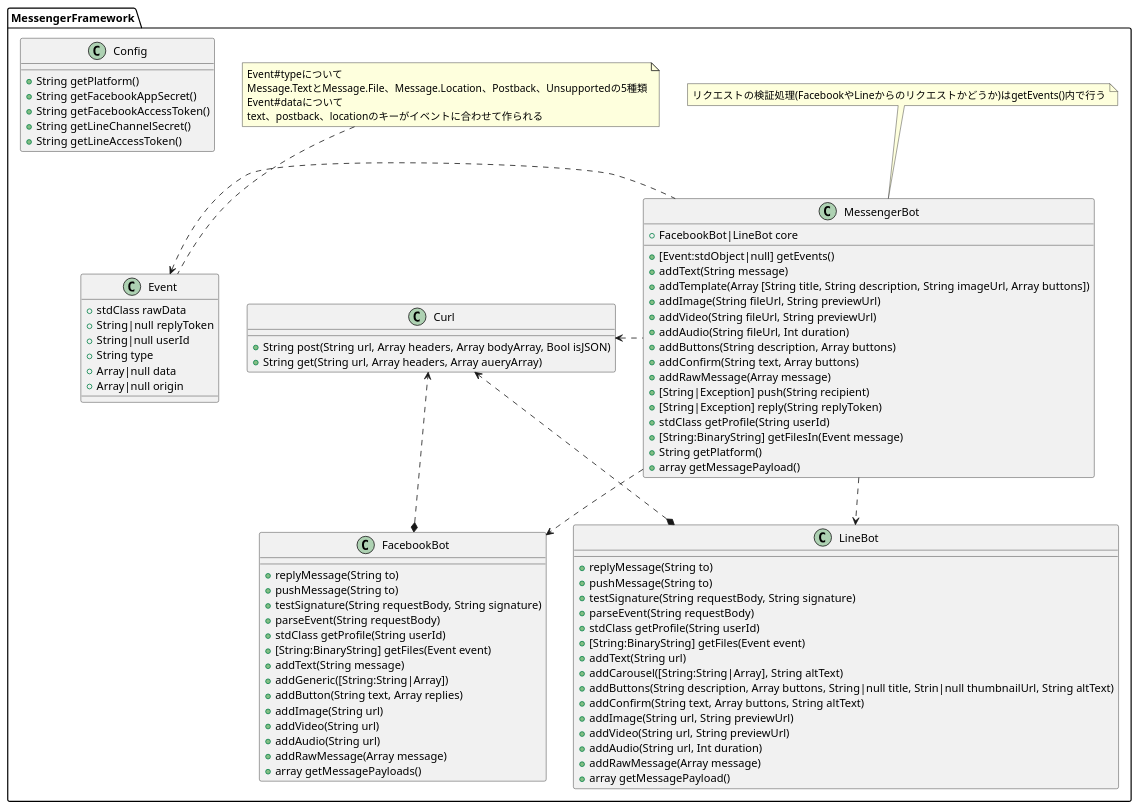
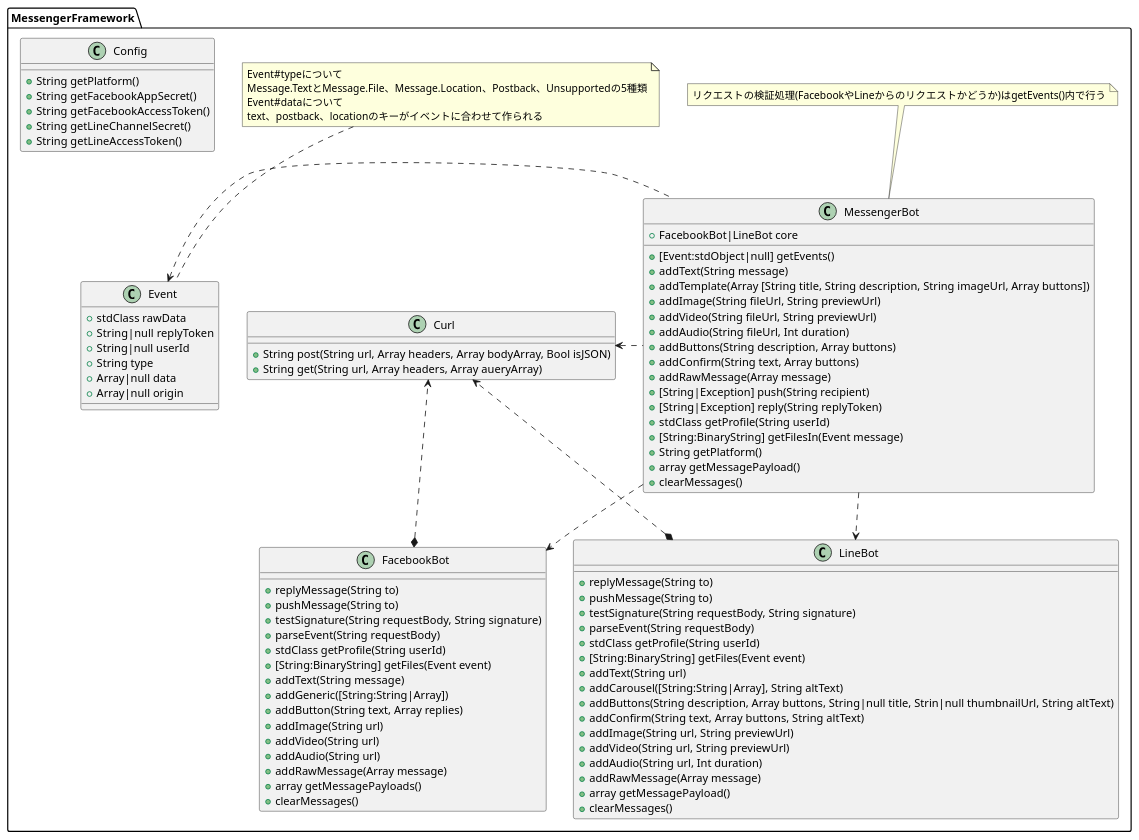
Before and after one commit to genies-inc/messenger-framework: the diagram in docs/class-spec.puml, drawn with PlantUML. The commit also changed 1 other file, not shown here.

```diff
--- a/docs/class-spec.puml
+++ b/docs/class-spec.puml
@@ -1,105 +1,108 @@
 @startuml
 
 namespace MessengerFramework {
 
   class Event {
     + stdClass rawData
     + String|null replyToken
     + String|null userId
     + String type
     + Array|null data
     + Array|null origin
   }
 
   note top of Event
     Event#typeについて
     Message.TextとMessage.File、Message.Location、Postback、Unsupportedの5種類
     Event#dataについて
     text、postback、locationのキーがイベントに合わせて作られる
   end note
 
   class MessengerBot {
     + FacebookBot|LineBot core
     + [Event:stdObject|null] getEvents()
     + addText(String message)
     + addTemplate(Array [String title, String description, String imageUrl, Array buttons])
     + addImage(String fileUrl, String previewUrl)
     + addVideo(String fileUrl, String previewUrl)
     + addAudio(String fileUrl, Int duration)
     + addButtons(String description, Array buttons)
     + addConfirm(String text, Array buttons)
     + addRawMessage(Array message)
     + [String|Exception] push(String recipient)
     + [String|Exception] reply(String replyToken)
     + stdClass getProfile(String userId)
     + [String:BinaryString] getFilesIn(Event message)
     + String getPlatform()
     + array getMessagePayload()
+    + clearMessages()
   }
 
   note top of MessengerBot
     リクエストの検証処理(FacebookやLineからのリクエストかどうか)はgetEvents()内で行う
   end note
 
   class FacebookBot {
     + replyMessage(String to)
     + pushMessage(String to)
     + testSignature(String requestBody, String signature)
     + parseEvent(String requestBody)
     + stdClass getProfile(String userId)
     + [String:BinaryString] getFiles(Event event)
     + addText(String message)
     + addGeneric([String:String|Array])
     + addButton(String text, Array replies)
     + addImage(String url)
     + addVideo(String url)
     + addAudio(String url)
     + addRawMessage(Array message)
     + array getMessagePayloads()
+    + clearMessages()
   }
 
   class LineBot {
     + replyMessage(String to)
     + pushMessage(String to)
     + testSignature(String requestBody, String signature)
     + parseEvent(String requestBody)
     + stdClass getProfile(String userId)
     + [String:BinaryString] getFiles(Event event)
     + addText(String url)
     + addCarousel([String:String|Array], String altText)
     + addButtons(String description, Array buttons, String|null title, Strin|null thumbnailUrl, String altText)
     + addConfirm(String text, Array buttons, String altText)
     + addImage(String url, String previewUrl)
     + addVideo(String url, String previewUrl)
     + addAudio(String url, Int duration)
     + addRawMessage(Array message)
     + array getMessagePayload()
+    + clearMessages()
   }
 
   class Curl {
     + String post(String url, Array headers, Array bodyArray, Bool isJSON)
     + String get(String url, Array headers, Array aueryArray)
   }
 
   class Config {
     + String getPlatform()
     + String getFacebookAppSecret()
     + String getFacebookAccessToken()
     + String getLineChannelSecret()
     + String getLineAccessToken()
   }
 
 }
 
 ' MessengerFramework内の関連
 
 MessengerFramework.MessengerBot .d.> MessengerFramework.FacebookBot
 MessengerFramework.MessengerBot .d.> MessengerFramework.LineBot
 MessengerFramework.MessengerBot .l.> MessengerFramework.Curl
 MessengerFramework.MessengerBot .l.> MessengerFramework.Event
 
 MessengerFramework.FacebookBot *..> MessengerFramework.Curl
 
 MessengerFramework.LineBot *..> MessengerFramework.Curl
 
 @enduml
```
